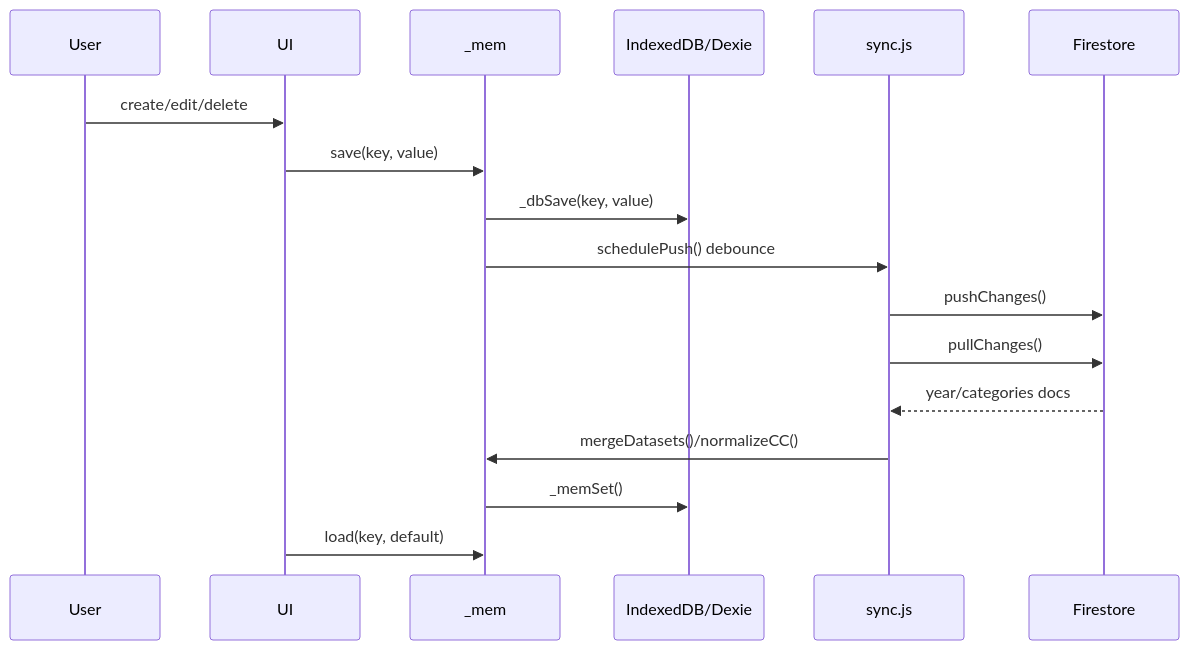
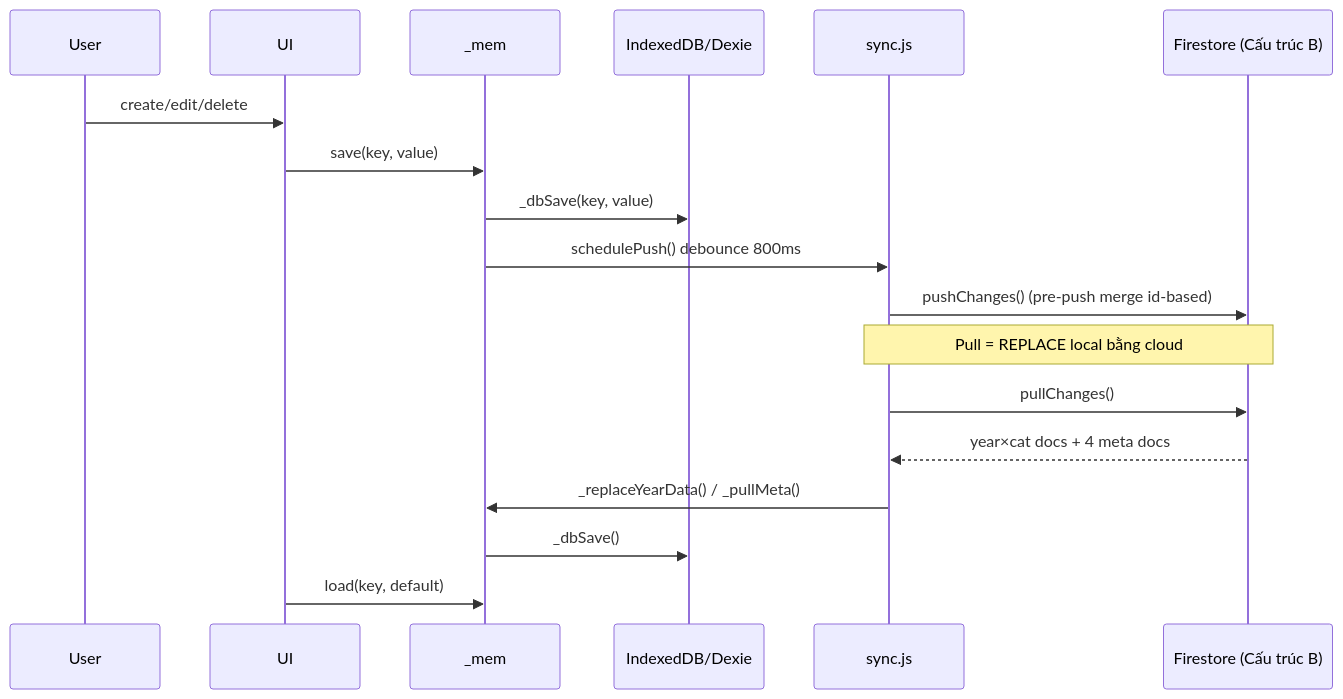
One commit to d3en1992/Quan-Ly-Chi-Phi-Main-V1 changed the second of 2 diagrams in AI_CONTEXT.md. Above: the diagram before and after it, drawn with Mermaid. The commit also changed other lines of this file and 2 other files, not shown here.

````diff
--- a/AI_CONTEXT.md
+++ b/AI_CONTEXT.md
@@ -173,20 +213,21 @@
 ```mermaid
 sequenceDiagram
   participant User
   participant UI
   participant Mem as _mem
   participant IDB as IndexedDB/Dexie
   participant Sync as sync.js
-  participant Cloud as Firestore
+  participant Cloud as Firestore (Cấu trúc B)
 
   User->>UI: create/edit/delete
   UI->>Mem: save(key, value)
   Mem->>IDB: _dbSave(key, value)
-  Mem->>Sync: schedulePush() debounce
-  Sync->>Cloud: pushChanges()
+  Mem->>Sync: schedulePush() debounce 800ms
+  Sync->>Cloud: pushChanges() (pre-push merge id-based)
+  Note over Sync,Cloud: Pull = REPLACE local bằng cloud
   Sync->>Cloud: pullChanges()
-  Cloud-->>Sync: year/categories docs
-  Sync->>Mem: mergeDatasets()/normalizeCC()
-  Mem->>IDB: _memSet()
+  Cloud-->>Sync: year×cat docs + 4 meta docs
+  Sync->>Mem: _replaceYearData() / _pullMeta()
+  Mem->>IDB: _dbSave()
   UI->>Mem: load(key, default)
 ```
````
